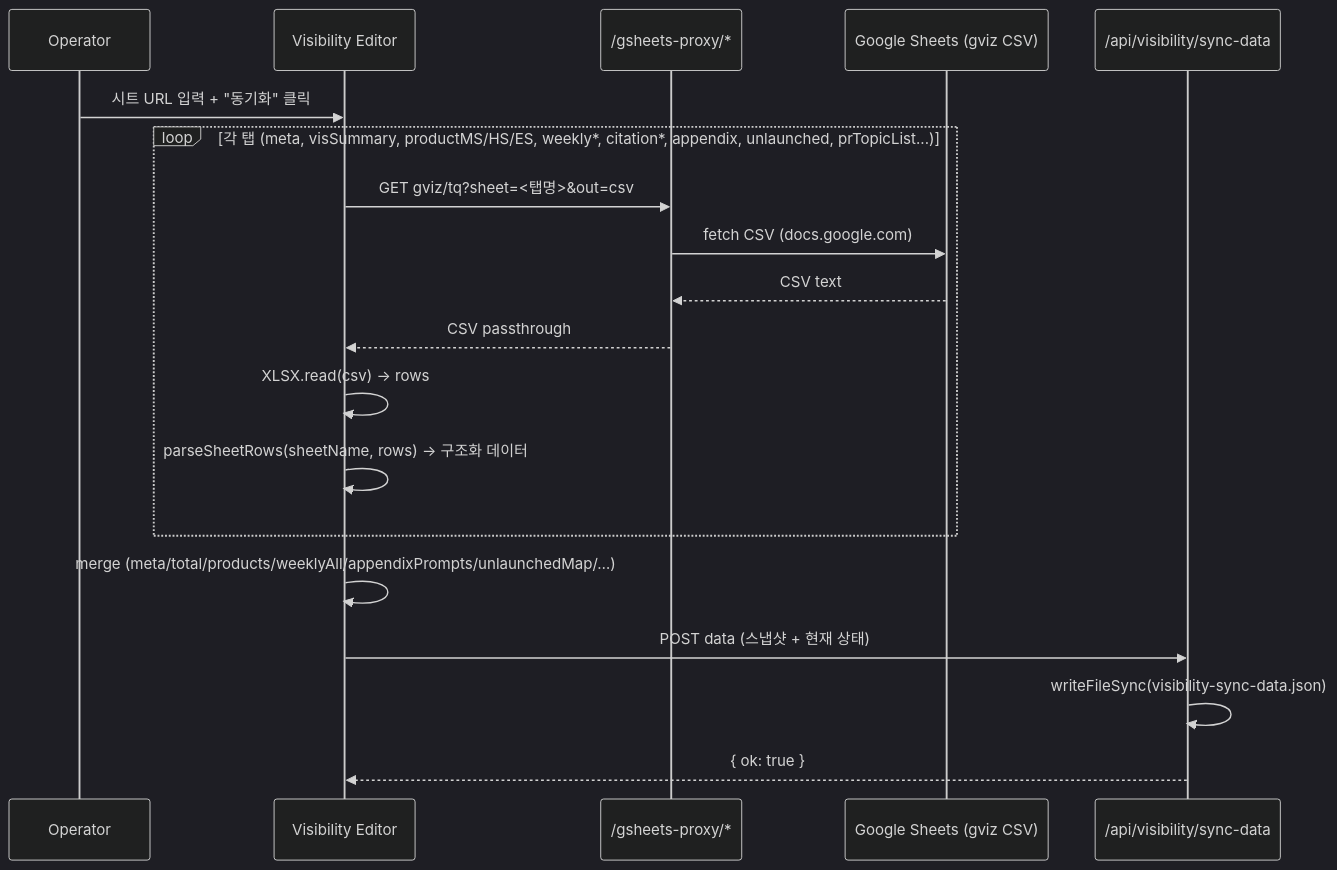
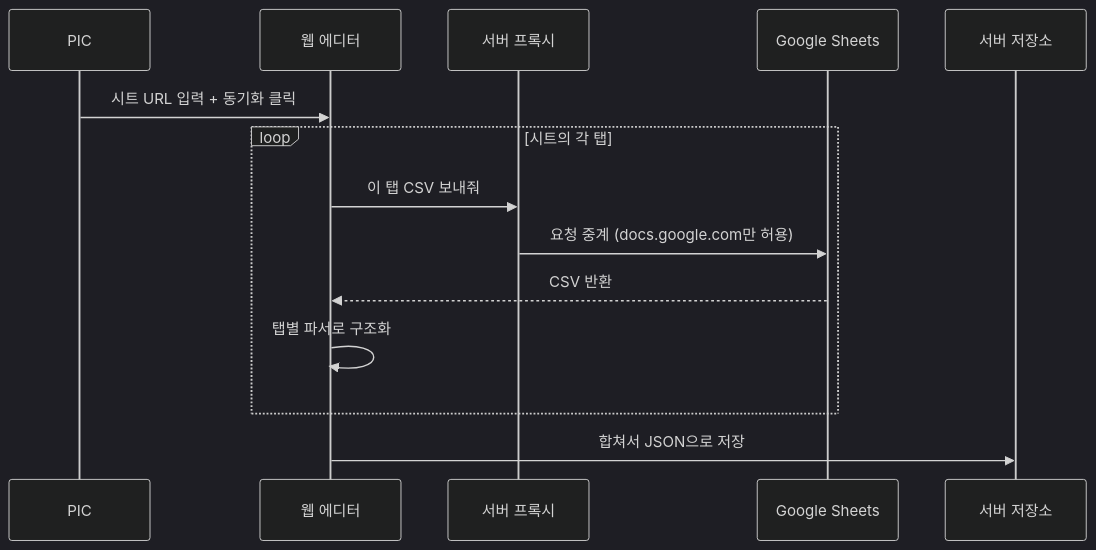
Before and after one commit to mts8787-droid/my-geo-newsletter: the third of 9 diagrams in docs/ADMIN_PLAN.md, drawn with Mermaid (dark theme). The commit also changed other lines of this file, not shown here.

````diff
--- a/docs/ADMIN_PLAN.md
+++ b/docs/ADMIN_PLAN.md
@@ -110,22 +123,17 @@
 ```mermaid
 sequenceDiagram
-  participant U as Operator
-  participant C as Visibility Editor
-  participant P as /gsheets-proxy/*
-  participant G as Google Sheets (gviz CSV)
-  participant S as /api/visibility/sync-data
+  participant PIC as PIC
+  participant Web as 웹 에디터
+  participant Proxy as 서버 프록시
+  participant Sheet as Google Sheets
+  participant Save as 서버 저장소
 
-  U->>C: 시트 URL 입력 + "동기화" 클릭
-  loop 각 탭 (meta, visSummary, productMS/HS/ES, weekly*, citation*, appendix, unlaunched, prTopicList...)
-    C->>P: GET gviz/tq?sheet=<탭명>&out=csv
-    P->>G: fetch CSV (docs.google.com)
-    G-->>P: CSV text
-    P-->>C: CSV passthrough
-    C->>C: XLSX.read(csv) → rows
-    C->>C: parseSheetRows(sheetName, rows) → 구조화 데이터
+  PIC->>Web: 시트 URL 입력 + 동기화 클릭
+  loop 시트의 각 탭
+    Web->>Proxy: 이 탭 CSV 보내줘
+    Proxy->>Sheet: 요청 중계 (docs.google.com만 허용)
+    Sheet-->>Web: CSV 반환
+    Web->>Web: 탭별 파서로 구조화
   end
-  C->>C: merge (meta/total/products/weeklyAll/appendixPrompts/unlaunchedMap/…)
-  C->>S: POST data (스냅샷 + 현재 상태)
-  S->>S: writeFileSync(visibility-sync-data.json)
-  S-->>C: { ok: true }
+  Web->>Save: 합쳐서 JSON으로 저장
 ```
````
